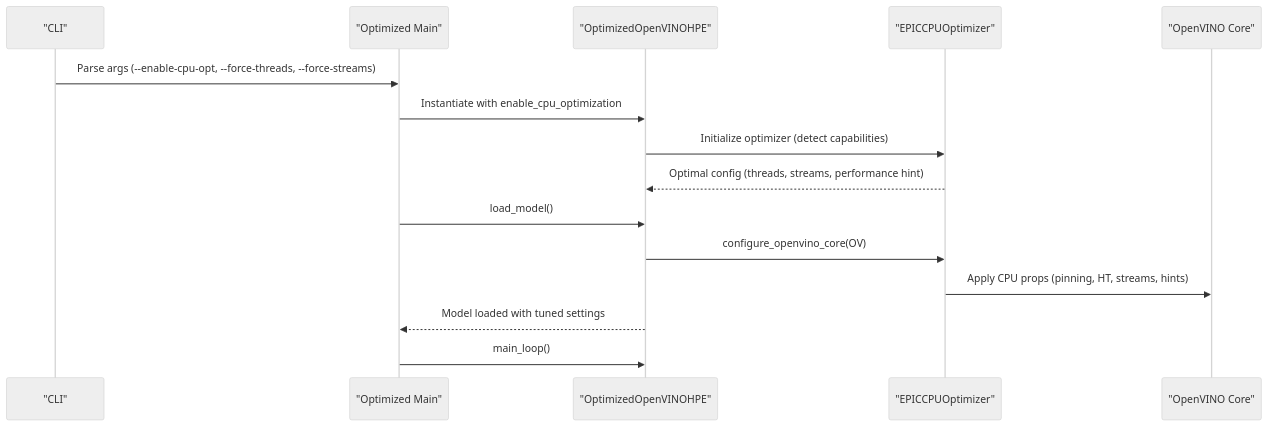
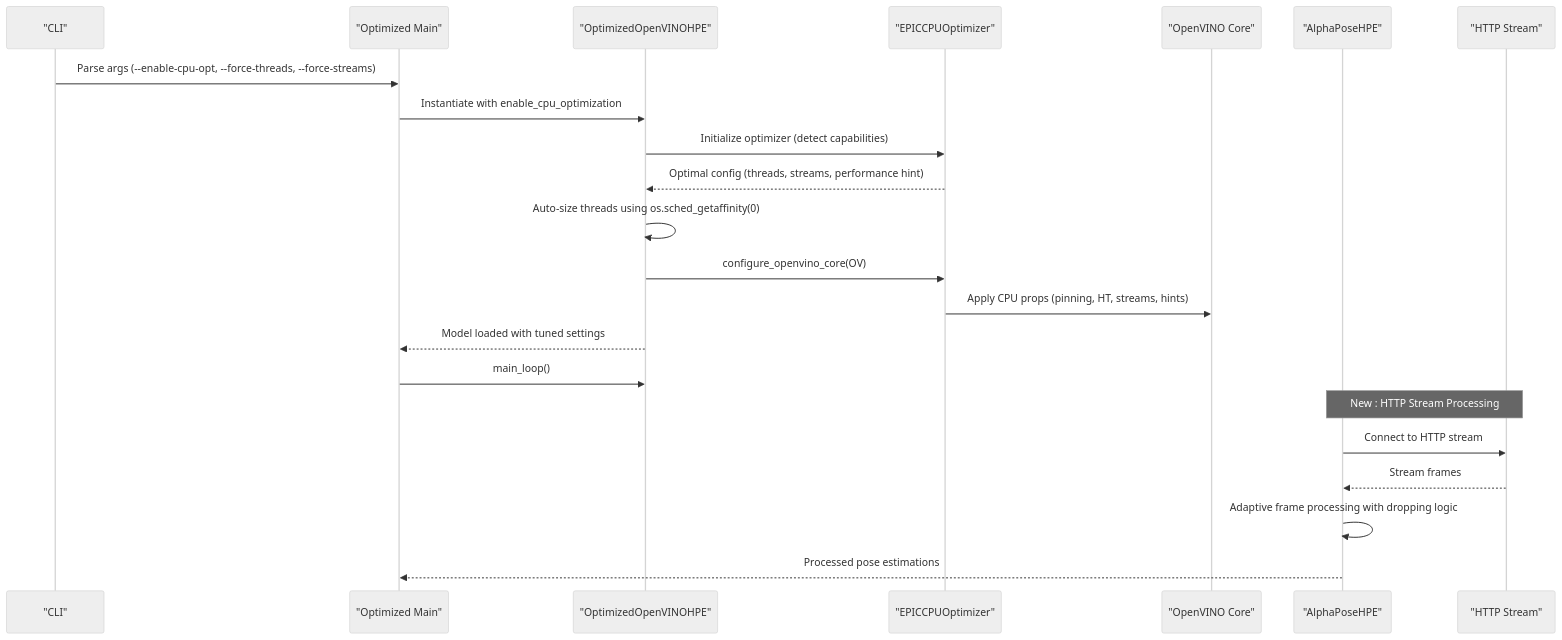
One commit to Fogus-Gr/MeasurementsDTs changed the second of 7 diagrams in .qoder/repowiki/en/content/Performance Optimization/Performance Optimization.md. Above: the diagram before and after it, drawn with Mermaid (neutral theme). The commit also changed other lines of this file and 10 other files, not shown here.

````diff
--- a/.qoder/repowiki/en/content/Performance Optimization/Performance Optimization.md
+++ b/.qoder/repowiki/en/content/Performance Optimization/Performance Optimization.md
@@ -99,17 +164,24 @@
 ```mermaid
 sequenceDiagram
 participant CLI as "CLI"
 participant OM as "Optimized Main"
 participant HPE as "OptimizedOpenVINOHPE"
 participant CPU as "EPICCPUOptimizer"
 participant OV as "OpenVINO Core"
+participant AP as "AlphaPoseHPE"
+participant HTTP as "HTTP Stream"
 CLI->>OM : Parse args (--enable-cpu-opt, --force-threads, --force-streams)
 OM->>HPE : Instantiate with enable_cpu_optimization
 HPE->>CPU : Initialize optimizer (detect capabilities)
 CPU-->>HPE : Optimal config (threads, streams, performance hint)
-OM->>HPE : load_model()
+HPE->>HPE : Auto-size threads using os.sched_getaffinity(0)
 HPE->>CPU : configure_openvino_core(OV)
 CPU->>OV : Apply CPU props (pinning, HT, streams, hints)
 HPE-->>OM : Model loaded with tuned settings
 OM->>HPE : main_loop()
+Note over AP,HTTP : New : HTTP Stream Processing
+AP->>HTTP : Connect to HTTP stream
+HTTP-->>AP : Stream frames
+AP->>AP : Adaptive frame processing with dropping logic
+AP-->>OM : Processed pose estimations
 ```
````
